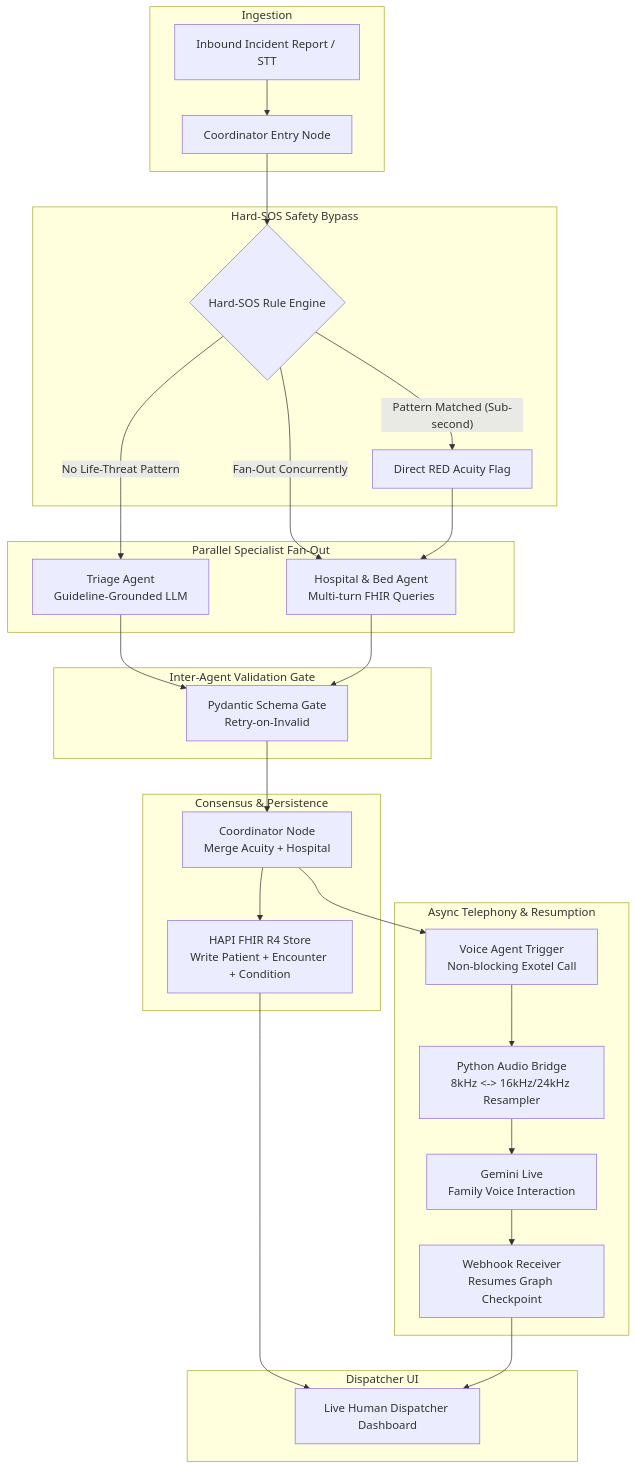
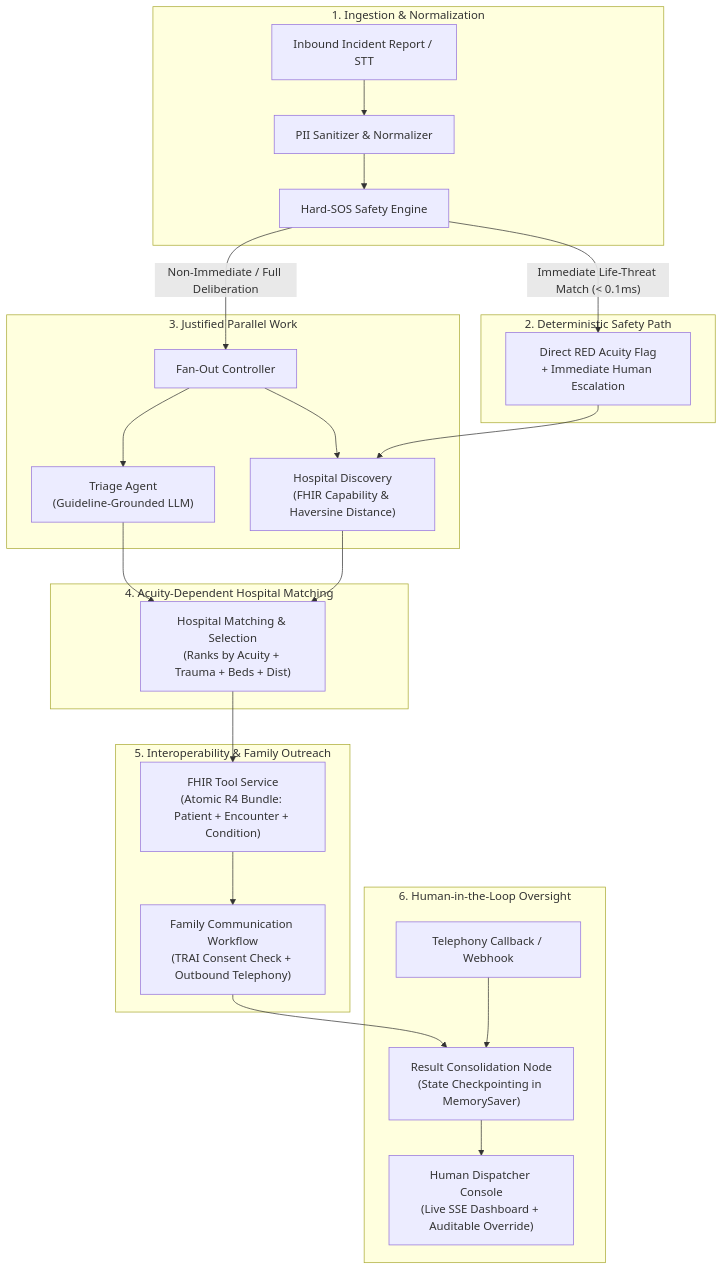
Before and after one commit to Kopichino/GOLDEN: the diagram in ARCHITECTURE.md, drawn with Mermaid. The commit also changed other lines of this file and 19 other files, not shown here.

````diff
--- a/ARCHITECTURE.md
+++ b/ARCHITECTURE.md
@@ -20,39 +16,34 @@
 ```mermaid
 flowchart TD
-    subgraph Ingestion
-        A[Inbound Incident Report / STT] --> B[Coordinator Entry Node]
+    subgraph Ingestion["1. Ingestion & Normalization"]
+        A["Inbound Incident Report / STT"] --> B["PII Sanitizer & Normalizer"]
+        B --> C["Hard-SOS Safety Engine"]
     end
 
-    subgraph Hard-SOS Safety Bypass
-        B --> C{Hard-SOS Rule Engine}
-        C -- "Pattern Matched (Sub-second)" --> D[Direct RED Acuity Flag]
+    subgraph SafetyBypass["2. Deterministic Safety Path"]
+        C -- "Immediate Life-Threat Match (< 0.1ms)" --> D["Direct RED Acuity Flag\n+ Immediate Human Escalation"]
     end
 
-    subgraph Parallel Specialist Fan-Out
-        C -- "No Life-Threat Pattern" --> E[Triage Agent\nGuideline-Grounded LLM]
-        C -- "Fan-Out Concurrently" --> F[Hospital & Bed Agent\nMulti-turn FHIR Queries]
-        D --> F
+    subgraph DependencyAwareFanOut["3. Justified Parallel Work"]
+        C -- "Non-Immediate / Full Deliberation" --> E["Fan-Out Controller"]
+        E --> F["Triage Agent\n(Guideline-Grounded LLM)"]
+        E --> G["Hospital Discovery\n(FHIR Capability & Haversine Distance)"]
+        D --> G
     end
 
-    subgraph Inter-Agent Validation Gate
-        E --> G[Pydantic Schema Gate\nRetry-on-Invalid]
-        F --> G
+    subgraph JoinAndMatch["4. Acuity-Dependent Hospital Matching"]
+        F --> H["Hospital Matching & Selection\n(Ranks by Acuity + Trauma + Beds + Dist)"]
+        G --> H
     end
 
-    subgraph Consensus & Persistence
-        G --> H[Coordinator Node\nMerge Acuity + Hospital]
-        H --> I[HAPI FHIR R4 Store\nWrite Patient + Encounter + Condition]
+    subgraph ToolAndOutreach["5. Interoperability & Family Outreach"]
+        H --> I["FHIR Tool Service\n(Atomic R4 Bundle: Patient + Encounter + Condition)"]
+        I --> J["Family Communication Workflow\n(TRAI Consent Check + Outbound Telephony)"]
     end
 
-    subgraph Async Telephony & Resumption
-        H --> J[Voice Agent Trigger\nNon-blocking Exotel Call]
-        J --> K[Python Audio Bridge\n8kHz <-> 16kHz/24kHz Resampler]
-        K --> L[Gemini Live\nFamily Voice Interaction]
-        L --> M[Webhook Receiver\nResumes Graph Checkpoint]
-    end
-
-    subgraph Dispatcher UI
-        I --> N[Live Human Dispatcher Dashboard]
-        M --> N
+    subgraph HumanReview["6. Human-in-the-Loop Oversight"]
+        J --> K["Result Consolidation Node\n(State Checkpointing in MemorySaver)"]
+        K --> L["Human Dispatcher Console\n(Live SSE Dashboard + Auditable Override)"]
+        M["Telephony Callback / Webhook"] --> K
     end
 ```
````
